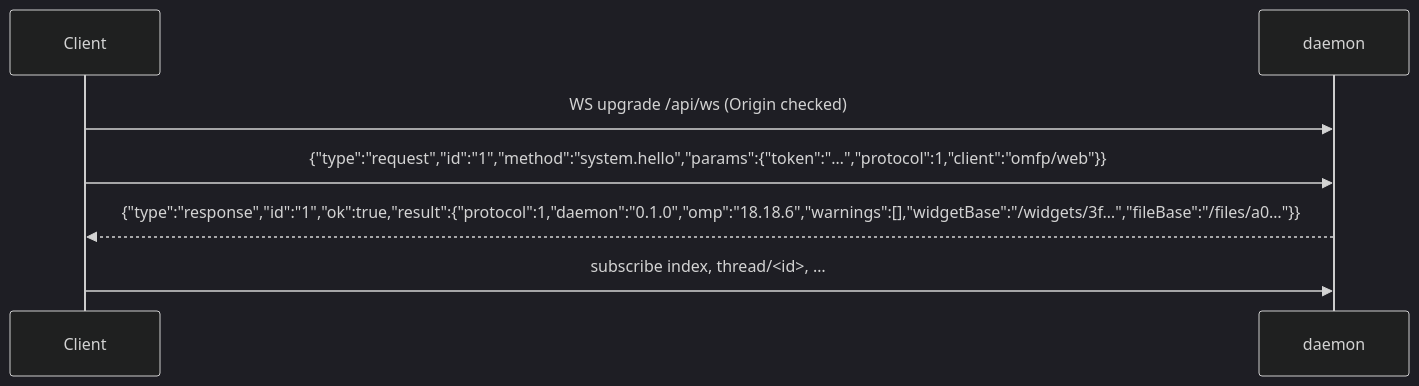
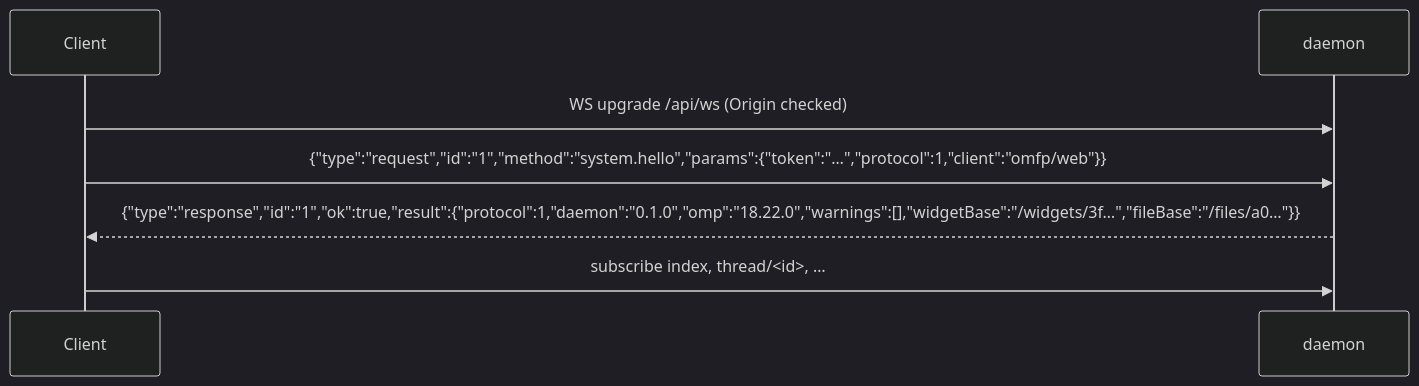
Before and after one commit to TonioGela/omfp: the diagram in docs/specs/03-protocol.md, drawn with Mermaid (dark theme). The commit also changed other lines of this file and 133 other files, not shown here.

````diff
--- a/docs/specs/03-protocol.md
+++ b/docs/specs/03-protocol.md
@@ -11,9 +11,9 @@
 ```mermaid
 sequenceDiagram
   participant C as Client
   participant D as daemon
   C->>D: WS upgrade /api/ws (Origin checked)
   C->>D: {"type":"request","id":"1","method":"system.hello","params":{"token":"…","protocol":1,"client":"omfp/web"}}
-  D-->>C: {"type":"response","id":"1","ok":true,"result":{"protocol":1,"daemon":"0.1.0","omp":"18.18.6","warnings":[],"widgetBase":"/widgets/3f…","fileBase":"/files/a0…"}}
+  D-->>C: {"type":"response","id":"1","ok":true,"result":{"protocol":1,"daemon":"0.1.0","omp":"18.22.0","warnings":[],"widgetBase":"/widgets/3f…","fileBase":"/files/a0…"}}
   C->>D: subscribe index, thread/<id>, …
 ```
````
